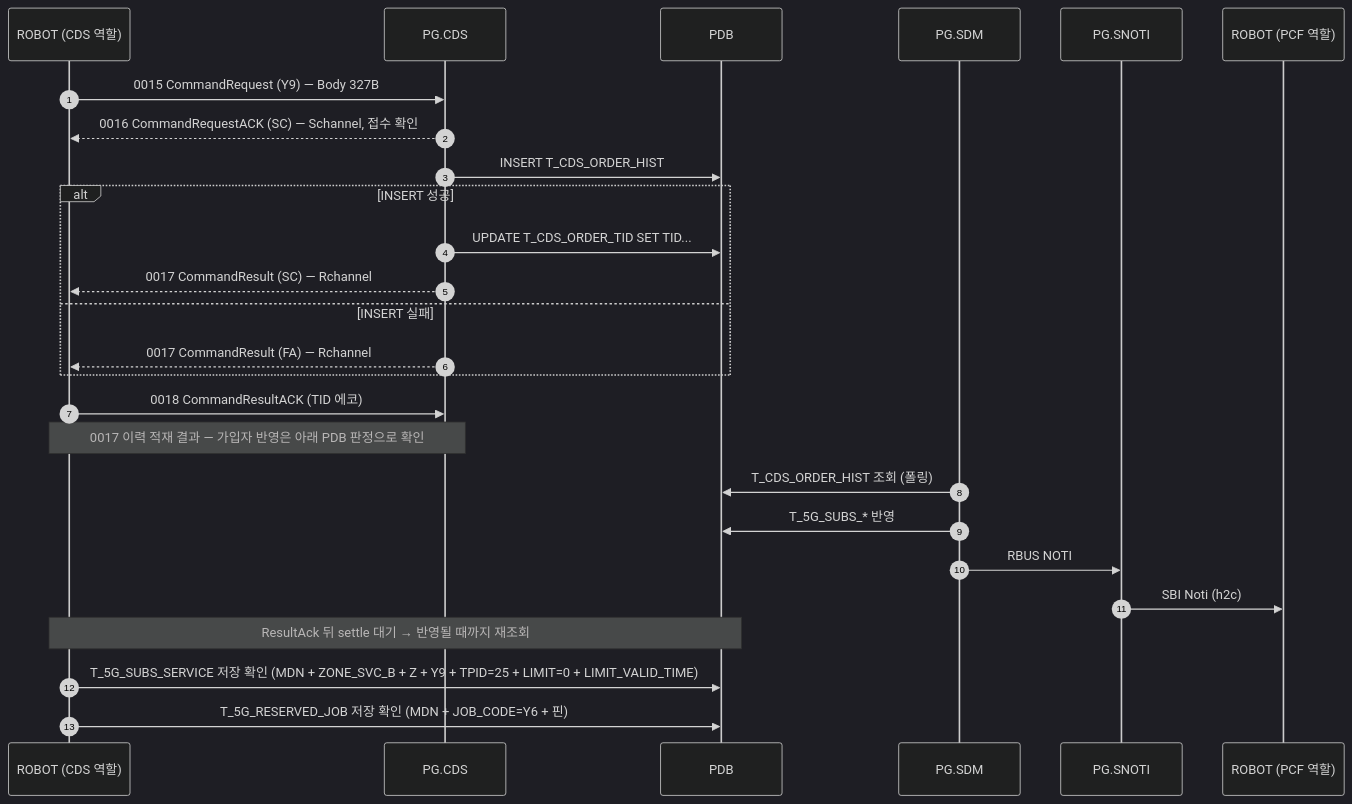
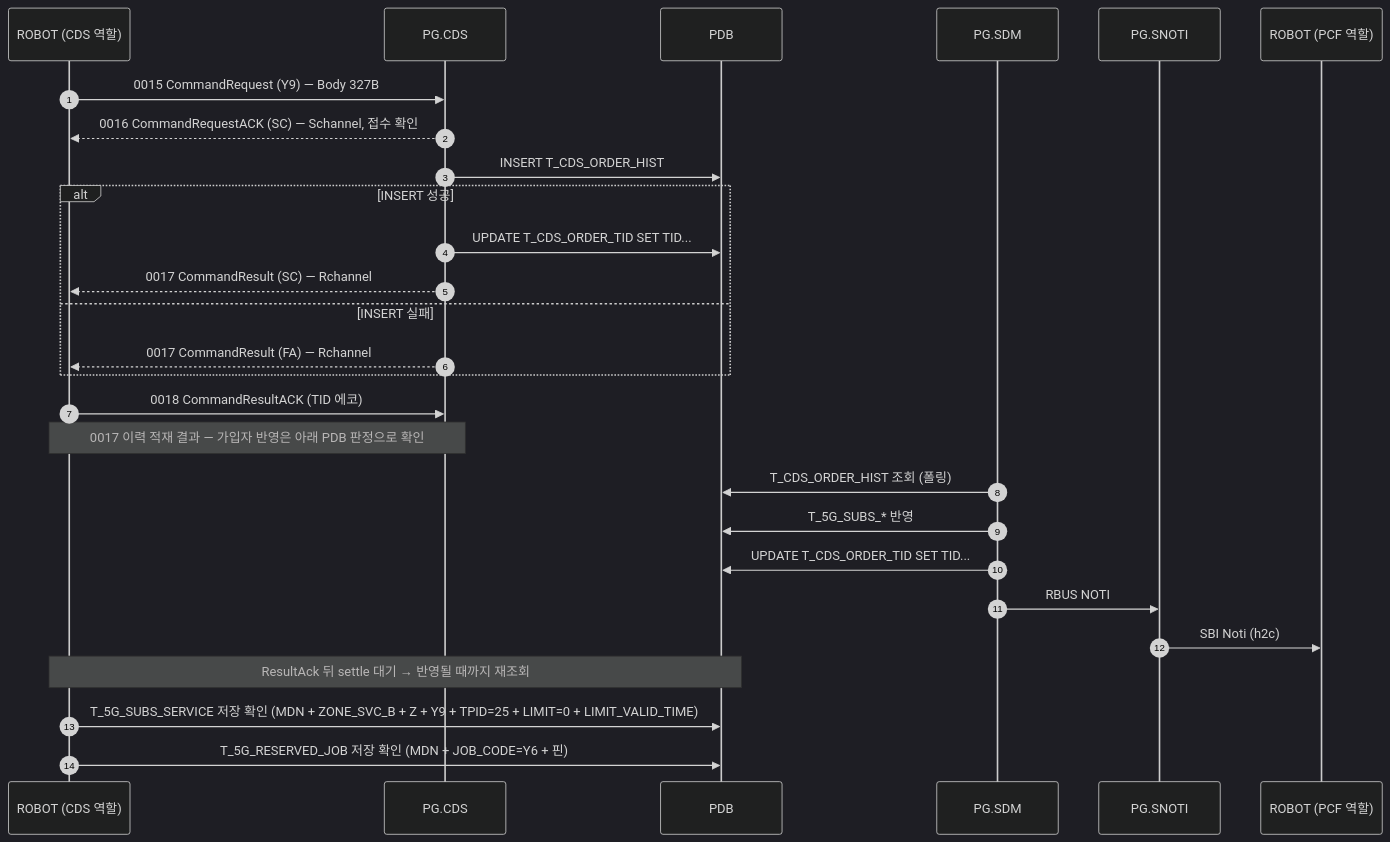
Before and after one commit to IanKim2030/tc4robot: the diagram in docs/callflow/CDS_Y9.md, drawn with Mermaid (dark theme). The commit also changed 17 other files, not shown here.

First line of the commit message:
docs: SDM 도 가입자 반영 뒤 TID 를 갱신한다 (RBUS NOTI 앞)

````diff
--- a/docs/callflow/CDS_Y9.md
+++ b/docs/callflow/CDS_Y9.md
@@ -17,30 +17,31 @@
 ```mermaid
 sequenceDiagram
     autonumber
     participant TOOL as ROBOT (CDS 역할)
     participant PCDS as PG.CDS
     participant PDB as PDB
     participant SDM as PG.SDM
     participant SNOTI as PG.SNOTI
     participant PCF as ROBOT (PCF 역할)
 
     TOOL->>PCDS: 0015 CommandRequest (Y9) — Body 327B
     PCDS-->>TOOL: 0016 CommandRequestACK (SC) — Schannel, 접수 확인
     PCDS->>PDB: INSERT T_CDS_ORDER_HIST
     alt INSERT 성공
         PCDS->>PDB: UPDATE T_CDS_ORDER_TID SET TID...
         PCDS-->>TOOL: 0017 CommandResult (SC) — Rchannel
     else INSERT 실패
         PCDS-->>TOOL: 0017 CommandResult (FA) — Rchannel
     end
     TOOL->>PCDS: 0018 CommandResultACK (TID 에코)
     Note over TOOL,PCDS: 0017 이력 적재 결과 — 가입자 반영은 아래 PDB 판정으로 확인
 
     SDM->>PDB: T_CDS_ORDER_HIST 조회 (폴링)
     SDM->>PDB: T_5G_SUBS_* 반영
+    SDM->>PDB: UPDATE T_CDS_ORDER_TID SET TID...
     SDM->>SNOTI: RBUS NOTI
     SNOTI->>PCF: SBI Noti (h2c)
     Note over TOOL,PDB: ResultAck 뒤 settle 대기 → 반영될 때까지 재조회
     TOOL->>PDB: T_5G_SUBS_SERVICE 저장 확인 (MDN + ZONE_SVC_B + Z + Y9 + TPID=25 + LIMIT=0 + LIMIT_VALID_TIME)
     TOOL->>PDB: T_5G_RESERVED_JOB 저장 확인 (MDN + JOB_CODE=Y6 + 핀)
 ```
````
